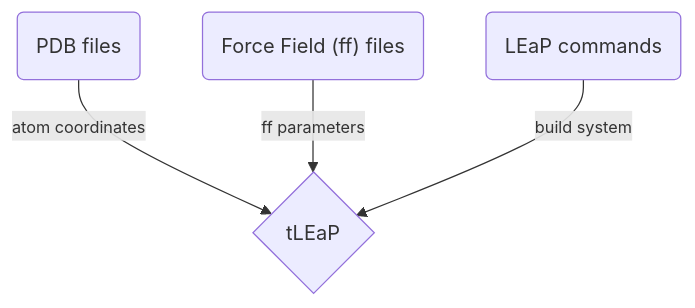
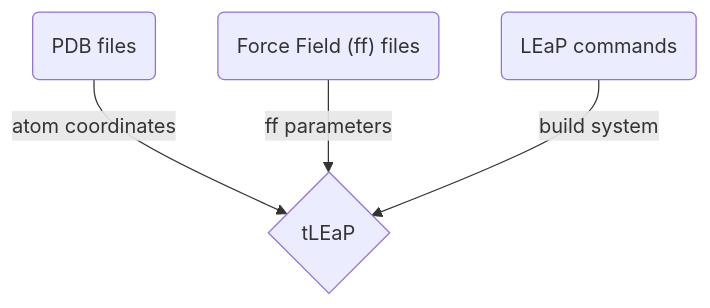
The second of 2 diagrams in docs/reference/useful-references.md (dgoppenheimer/md-sims), drawn with Mermaid before and after one commit. The commit also changed other lines of this file and 2 other files, not shown here.

Commit message:
a few more text edits

````diff
--- a/docs/reference/useful-references.md
+++ b/docs/reference/useful-references.md
@@ -146,9 +144,7 @@
 ``` mermaid
 graph TD
-    A(PDB files)  -->|<font size=2>atom coordinates| B{tLEaP};
-    C("Force Field (ff) files") -->|<font size=2>ff parameters| B{tLEaP};
-    D(LEaP commands) -->|<font size=2>build system| B{tLEaP};
-
-
+    A(PDB files)  -->|atom coordinates| B{tLEaP};
+    C("Force Field (ff) files") -->|ff parameters| B{tLEaP};
+    D(LEaP commands) -->|build system| B{tLEaP};
 
 ```
````
